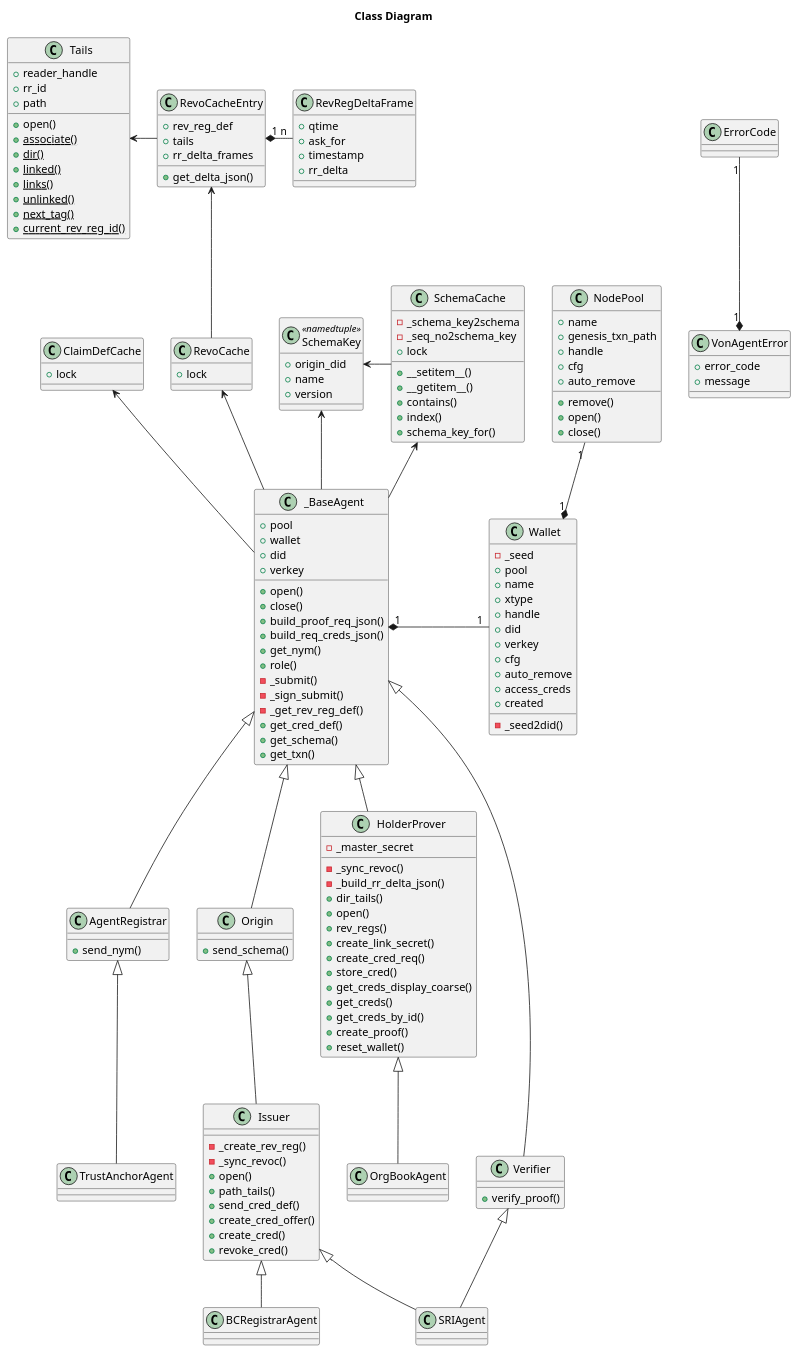
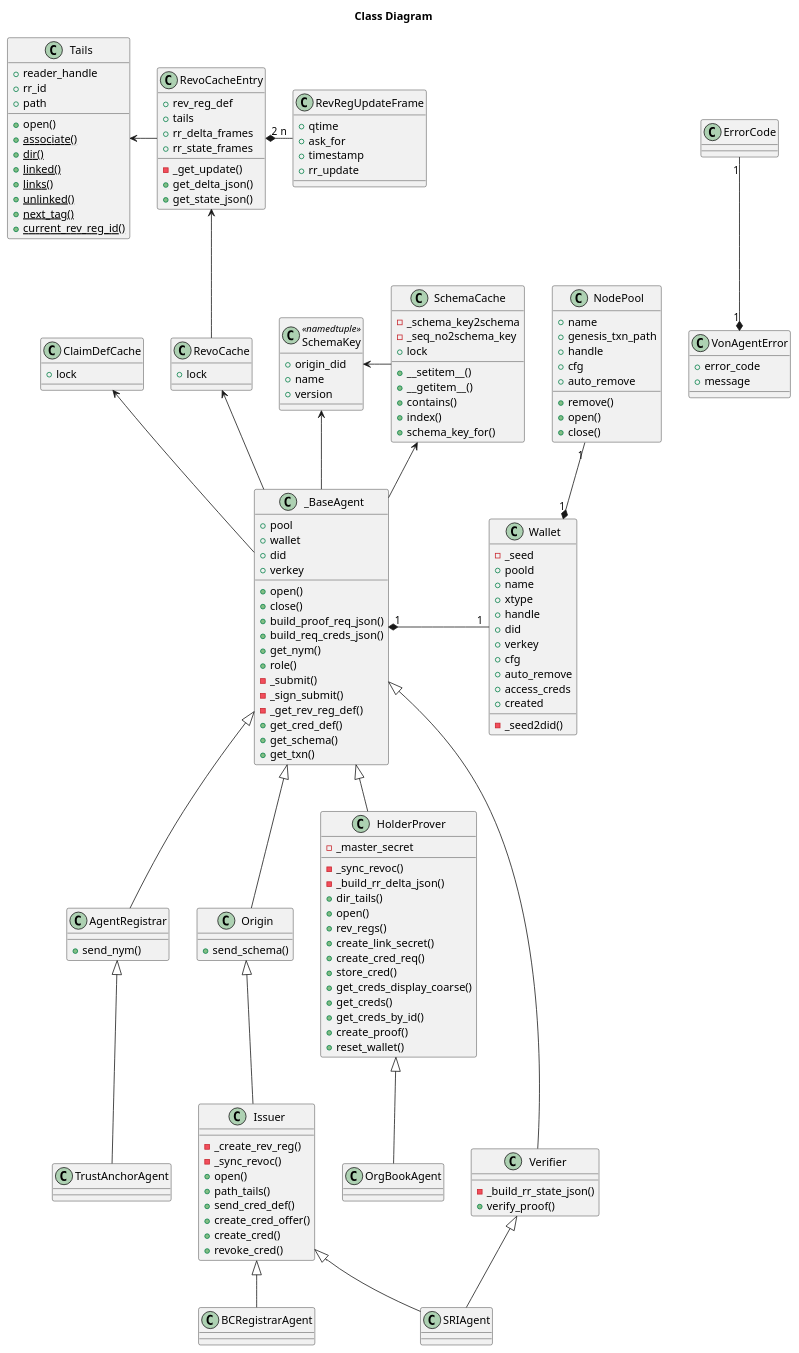
Before and after one commit to PSPC-SPAC-buyandsell/von_base: the diagram in doc/pic/src/class.puml, drawn with PlantUML. The commit also changed 2 other files, not shown here.

```diff
--- a/doc/pic/src/class.puml
+++ b/doc/pic/src/class.puml
@@ -63,15 +63,18 @@
 class RevoCacheEntry {
     +rev_reg_def
     +tails
+    -_get_update()
     +rr_delta_frames
+    +rr_state_frames
     +get_delta_json()
+    +get_state_json()
 }
 
-class RevRegDeltaFrame {
+class RevRegUpdateFrame {
     +qtime
     +ask_for
     +timestamp
-    +rr_delta
+    +rr_update
 }
 
 class RevoCache{
@@ -81,7 +84,7 @@
 class Wallet {
     -_seed2did()
     -_seed
-    +pool
+    +poold
     +name
     +xtype
     +handle
@@ -160,6 +163,7 @@
 }
 
 class Verifier {
+    -_build_rr_state_json()
     +verify_proof()
 }
 
@@ -184,7 +188,7 @@
 Wallet "1" *-up- "1" NodePool
 
 RevoCacheEntry -left-> Tails
-RevoCacheEntry "1" *-right- "n" RevRegDeltaFrame
+RevoCacheEntry "2" *-right- "n" RevRegUpdateFrame
 RevoCache -up-> RevoCacheEntry
 
 _BaseAgent -up-> RevoCache
```
